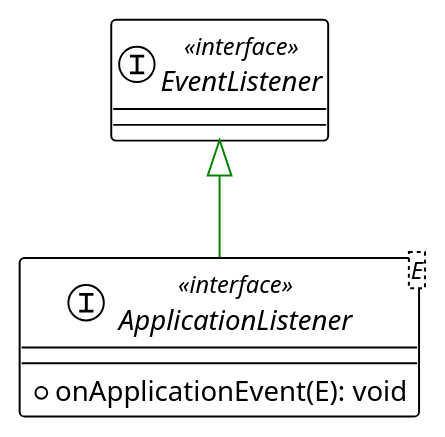
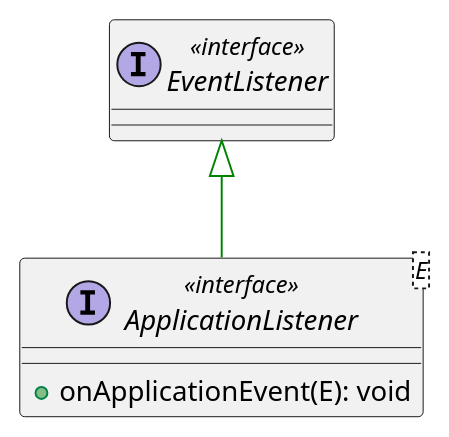
The third of 5 diagrams in source/_posts/observer.md (fdrama/fdrama.GitHub.io), drawn with PlantUML before and after one commit. The commit also changed other lines of this file and 3 other files, not shown here.

````diff
--- a/source/_posts/observer.md
+++ b/source/_posts/observer.md
@@ -356,16 +331,14 @@
 ```puml
 @startuml
 
-!theme plain
-top to bottom direction
-skinparam linetype ortho
+
 
 interface ApplicationListener<E> << interface >> {
   + onApplicationEvent(E): void
 }
 interface EventListener << interface >>
 
 EventListener  ^-[#008200,plain]-  ApplicationListener       
 @enduml
 
 ```
````
